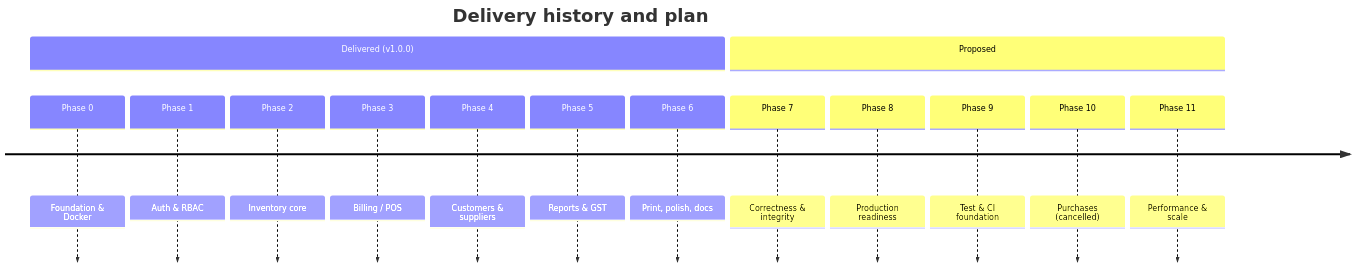
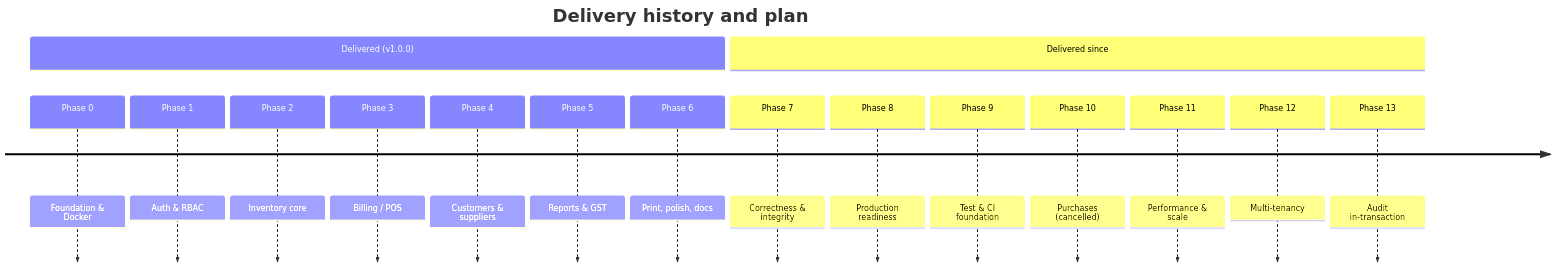
Before and after one commit to adarsh0707-kumar/medical-billing: the first of 2 diagrams in docs/05-roadmap-and-phases.md, drawn with Mermaid. The commit also changed other lines of this file and 10 other files, not shown here.

````diff
--- a/docs/05-roadmap-and-phases.md
+++ b/docs/05-roadmap-and-phases.md
@@ -11,18 +11,20 @@
 ```mermaid
 timeline
     title Delivery history and plan
     section Delivered (v1.0.0)
         Phase 0 : Foundation & Docker
         Phase 1 : Auth & RBAC
         Phase 2 : Inventory core
         Phase 3 : Billing / POS
         Phase 4 : Customers & suppliers
         Phase 5 : Reports & GST
         Phase 6 : Print, polish, docs
-    section Proposed
+    section Delivered since
         Phase 7 : Correctness & integrity
         Phase 8 : Production readiness
         Phase 9 : Test & CI foundation
         Phase 10 : Purchases (cancelled)
         Phase 11 : Performance & scale
+        Phase 12 : Multi-tenancy
+        Phase 13 : Audit in-transaction
 ```
````
